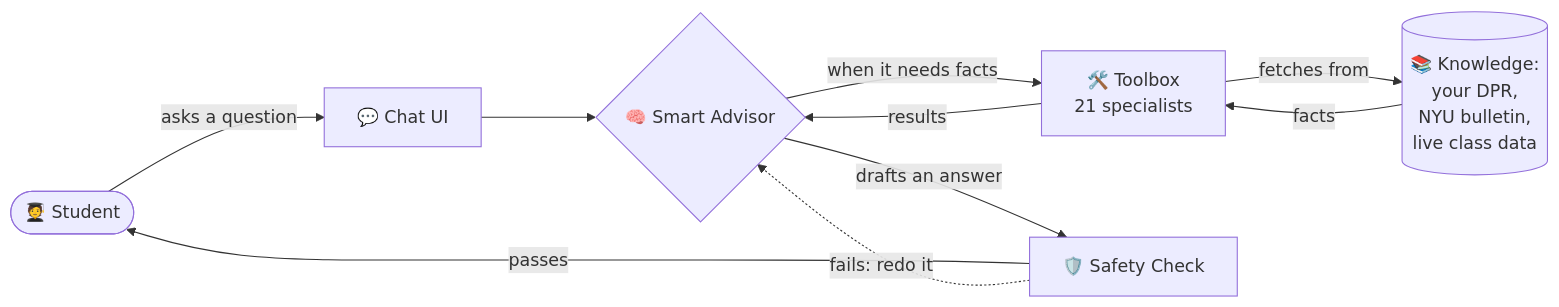
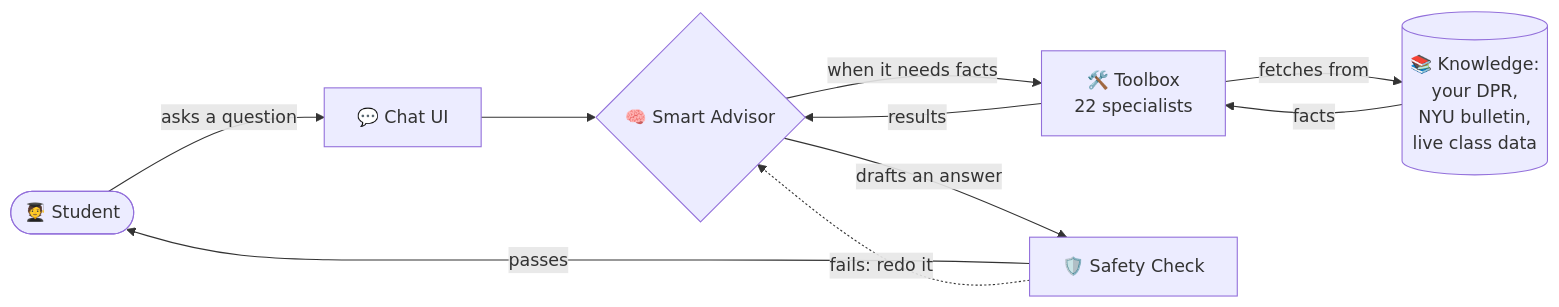
The first of 5 diagrams in Docs/current-system/00-overview.md (EdoardoMongardi/NYU_Path), drawn with Mermaid before and after one commit. The commit also changed other lines of this file and 7 other files, not shown here.

````diff
--- a/Docs/current-system/00-overview.md
+++ b/Docs/current-system/00-overview.md
@@ -21,12 +21,12 @@
 ```mermaid
 graph LR
     STUDENT([🧑‍🎓 Student]) -->|asks a question| CHAT[💬 Chat UI]
     CHAT --> BRAIN{🧠 Smart Advisor}
-    BRAIN -->|when it needs facts| TOOLS[🛠️ Toolbox<br/>21 specialists]
+    BRAIN -->|when it needs facts| TOOLS[🛠️ Toolbox<br/>22 specialists]
     TOOLS -->|fetches from| MEMORY[(📚 Knowledge:<br/>your DPR,<br/>NYU bulletin,<br/>live class data)]
     MEMORY -->|facts| TOOLS
     TOOLS -->|results| BRAIN
     BRAIN -->|drafts an answer| GUARD[🛡️ Safety Check]
     GUARD -->|passes| STUDENT
     GUARD -.fails: redo it.-> BRAIN
 ```
````
